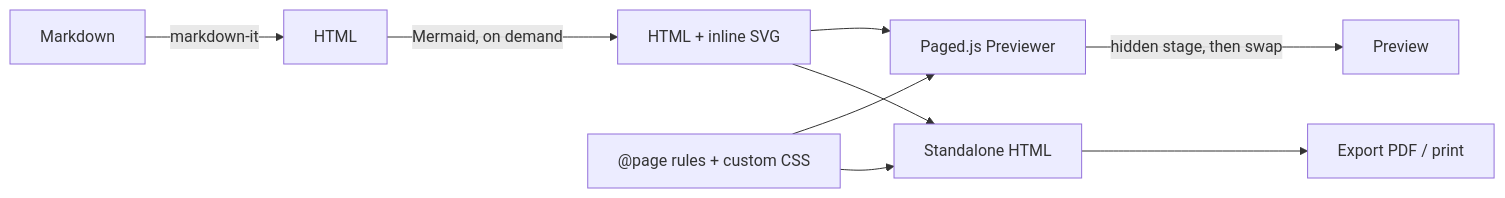
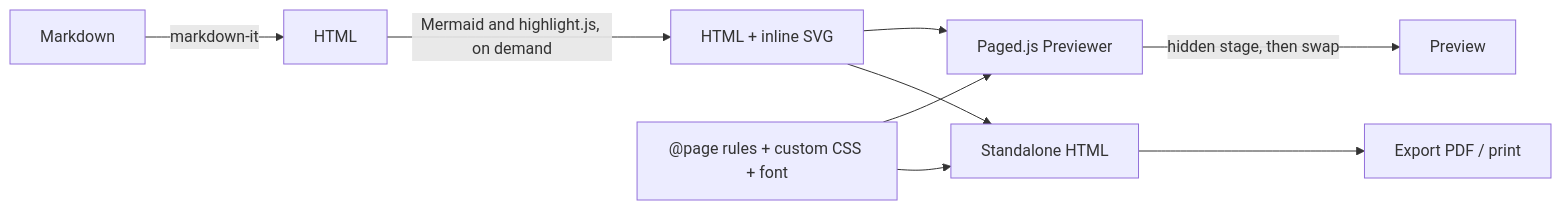
One commit to florianlotte/markdown-paged-studio changed the diagram in README.md. Above: the diagram before and after it, drawn with Mermaid. The commit also changed other lines of this file and 4 other files, not shown here.

````diff
--- a/README.md
+++ b/README.md
@@ -240,11 +270,11 @@
 ```mermaid
 flowchart LR
   MD[Markdown] -->|markdown-it| HTML[HTML]
-  HTML -->|Mermaid, on demand| SVG["HTML + inline SVG"]
-  CSS["@page rules + custom CSS"] --> P
+  HTML -->|"Mermaid and highlight.js, on demand"| SVG["HTML + inline SVG"]
+  CSS["@page rules + custom CSS + font"] --> P
   SVG --> P["Paged.js Previewer"]
   P -->|hidden stage, then swap| Preview[Preview]
   SVG --> X["Standalone HTML"]
   CSS --> X
   X --> PDF["Export PDF / print"]
 ```
````
